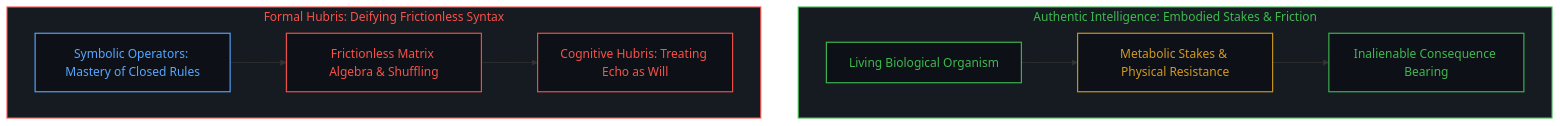
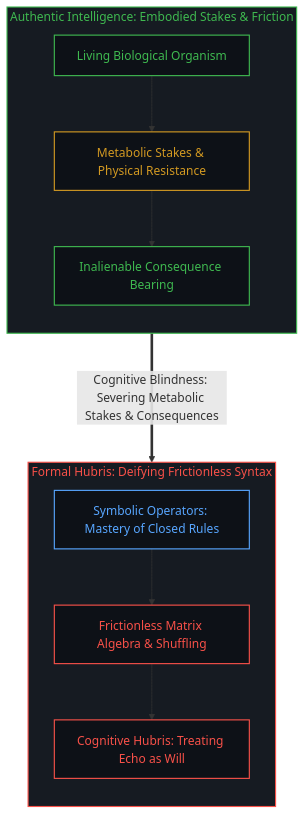
One commit to powerpig99/not-a-toe changed the sixth of 10 diagrams in content/posts/all-that-can-be-spoken-is-the-product-of-the-unspeakable.md. Above: the diagram before and after it, drawn with Mermaid. The commit also changed other lines of this file and 1 other file, not shown here.

Commit message:
Convert Post #333 Mermaid diagrams to strictly vertical mobile-friendly top-down flow and add audit invariant

````diff
--- a/content/posts/all-that-can-be-spoken-is-the-product-of-the-unspeakable.md
+++ b/content/posts/all-that-can-be-spoken-is-the-product-of-the-unspeakable.md
@@ -185,25 +205,29 @@
 ```mermaid
 graph TD
     classDef default fill:#0d1117,stroke:#30363d,stroke-width:1px,color:#f0f6fc;
     classDef mind fill:#0d1117,stroke:#3fb950,stroke-width:1.5px,color:#3fb950;
     classDef failure fill:#0d1117,stroke:#f85149,stroke-width:1.5px,color:#f85149;
     classDef scaffold fill:#0d1117,stroke:#d29922,stroke-width:1.5px,color:#d29922;
     classDef model fill:#0d1117,stroke:#58a6ff,stroke-width:1.5px,color:#58a6ff;
 
     subgraph S_LivingMind_EN ["Authentic Intelligence: Embodied Stakes & Friction"]
+        direction TB
         LE1["Living Biological Organism"]:::mind
         LE2["Metabolic Stakes & Physical Resistance"]:::scaffold
         LE3["Inalienable Consequence Bearing"]:::mind
         LE1 --> LE2 --> LE3
     end
 
     subgraph S_FormalHubris_EN ["Formal Hubris: Deifying Frictionless Syntax"]
+        direction TB
         HE1["Symbolic Operators: Mastery of Closed Rules"]:::model
         HE2["Frictionless Matrix Algebra & Shuffling"]:::failure
         HE3["Cognitive Hubris: Treating Echo as Will"]:::failure
         HE1 --> HE2 --> HE3
     end
 
+    LE3 ===>|"Cognitive Blindness: Severing Metabolic Stakes & Consequences"| HE1
+
     style S_LivingMind_EN fill:#161b22,stroke:#3fb950,stroke-width:1.5px,color:#3fb950
     style S_FormalHubris_EN fill:#161b22,stroke:#f85149,stroke-width:1.5px,color:#f85149
 ```
````
